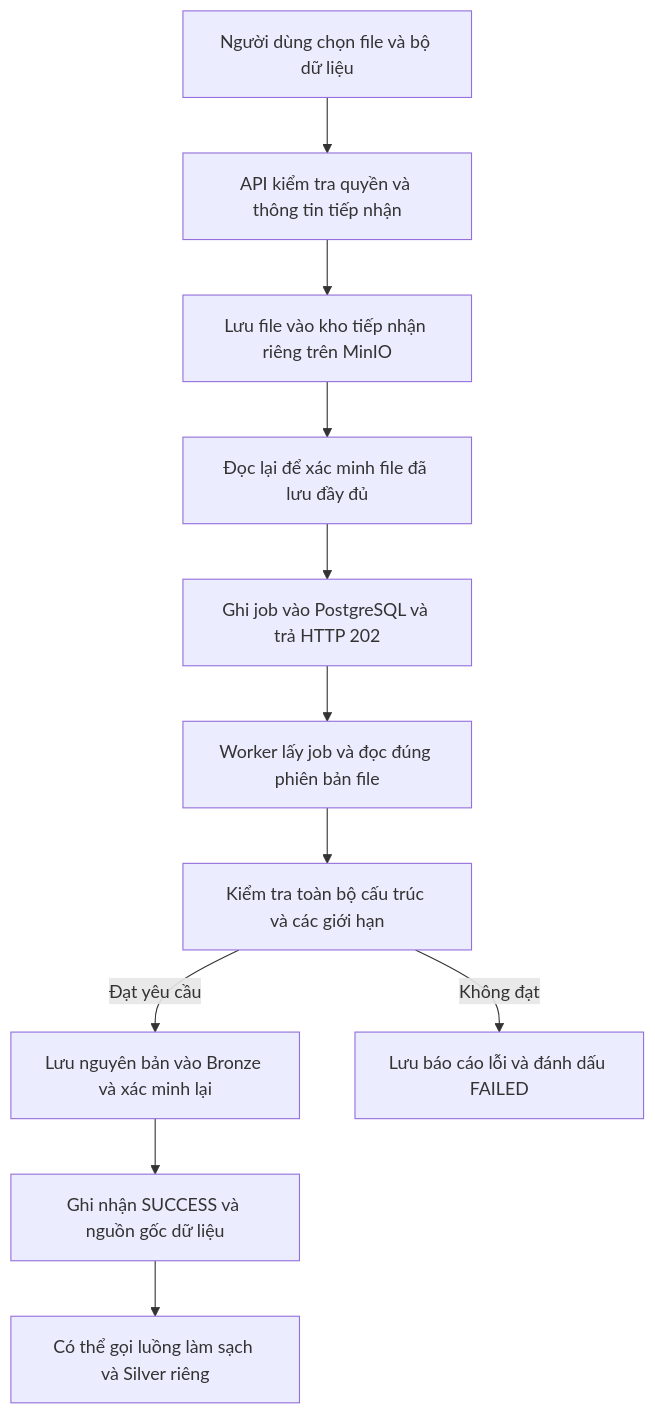
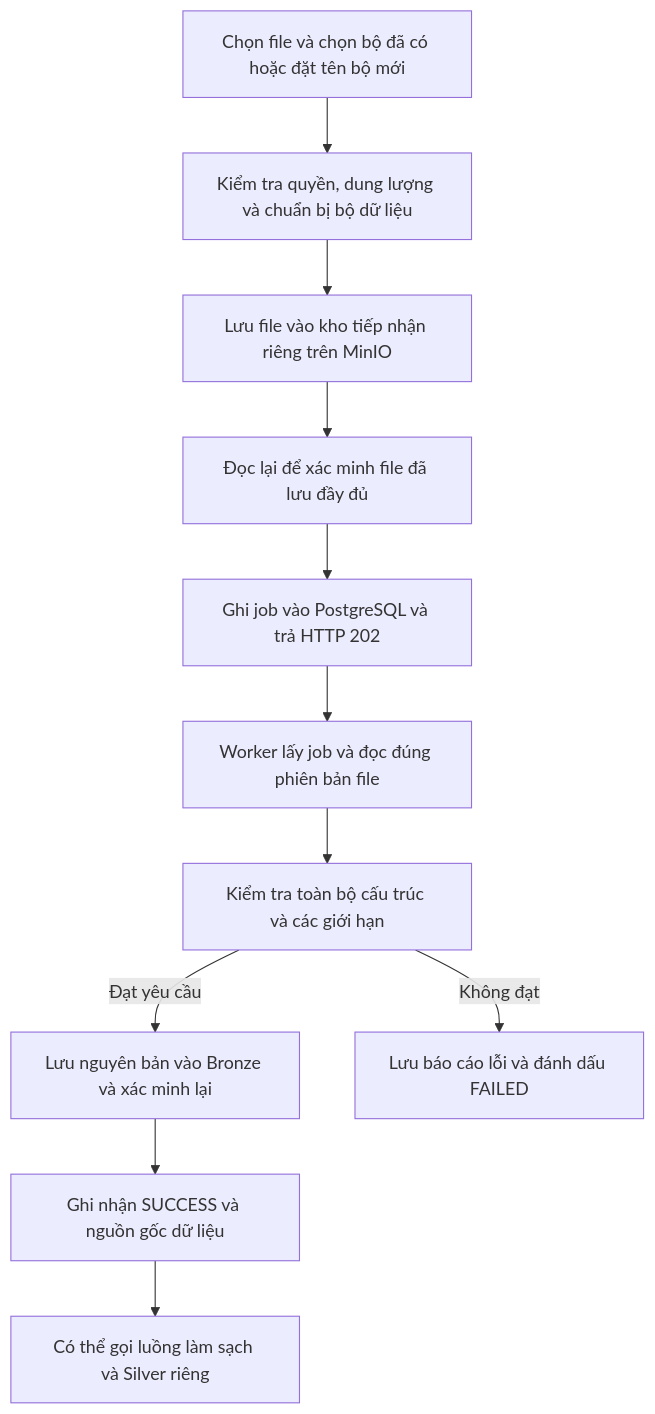
One commit to Unilake-AI/unilake-be changed the diagram in docs/ingestion-uploads.md. Above: the diagram before and after it, drawn with Mermaid. The commit also changed other lines of this file and 35 other files, not shown here.

````diff
--- a/docs/ingestion-uploads.md
+++ b/docs/ingestion-uploads.md
@@ -15,13 +17,13 @@
 ```mermaid
 flowchart TD
-    A[Người dùng chọn file và bộ dữ liệu] --> B[API kiểm tra quyền và thông tin tiếp nhận]
+    A[Chọn file và chọn bộ đã có hoặc đặt tên bộ mới] --> B[Kiểm tra quyền, dung lượng và chuẩn bị bộ dữ liệu]
     B --> C[Lưu file vào kho tiếp nhận riêng trên MinIO]
     C --> D[Đọc lại để xác minh file đã lưu đầy đủ]
     D --> E[Ghi job vào PostgreSQL và trả HTTP 202]
     E --> F[Worker lấy job và đọc đúng phiên bản file]
     F --> G[Kiểm tra toàn bộ cấu trúc và các giới hạn]
     G -->|Đạt yêu cầu| H[Lưu nguyên bản vào Bronze và xác minh lại]
     G -->|Không đạt| I[Lưu báo cáo lỗi và đánh dấu FAILED]
     H --> J[Ghi nhận SUCCESS và nguồn gốc dữ liệu]
     J --> K[Có thể gọi luồng làm sạch và Silver riêng]
 ```
````
